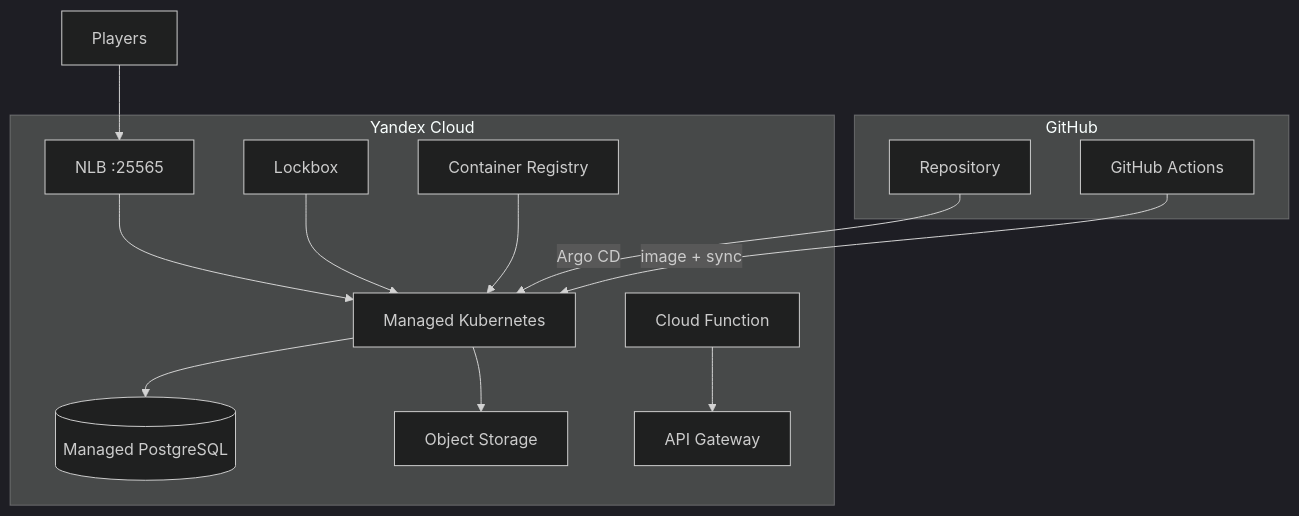
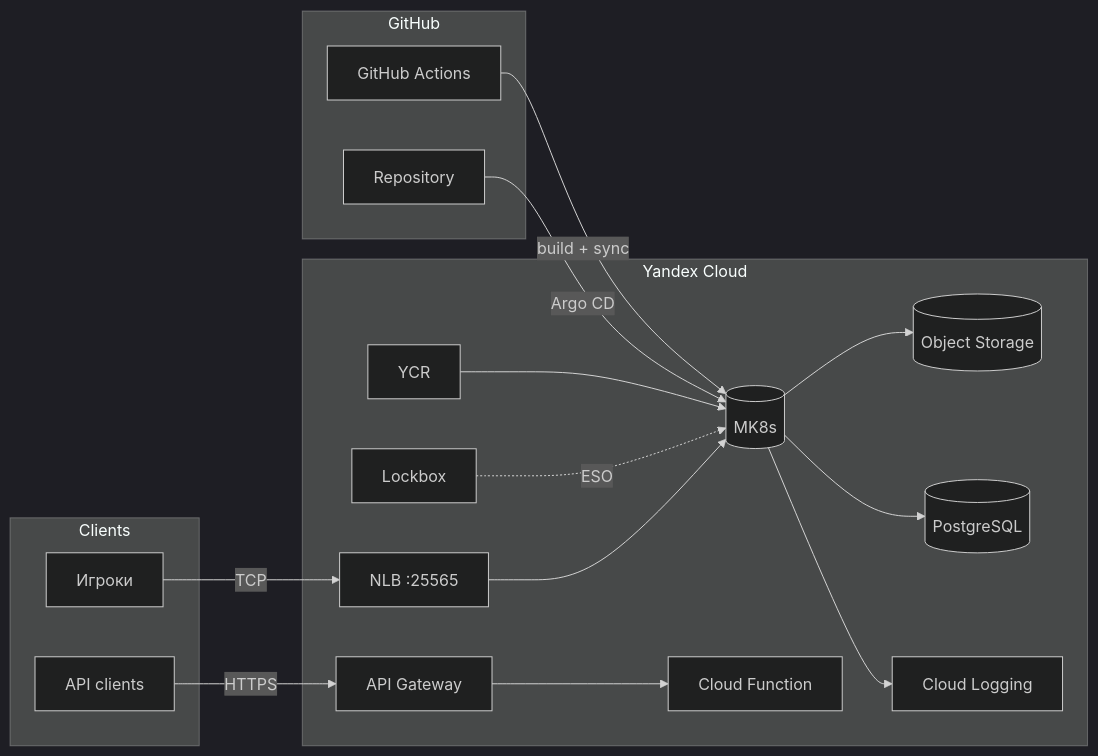
The first of 3 diagrams in README.md (L3xu5/minecraft-yc-devops), drawn with Mermaid (dark theme) before and after one commit. The commit also changed other lines of this file, not shown here.

Commit message:
Polish README: badges, TOC, mermaid diagrams, collapsible sections.

````diff
--- a/README.md
+++ b/README.md
@@ -27,27 +110,34 @@
 ```mermaid
-flowchart TB
-  subgraph GitHub
-    Repo[Repository]
-    GHA[GitHub Actions]
+flowchart LR
+  subgraph Clients
+    P[Игроки]
+    A[API clients]
   end
 
-  subgraph YC[Yandex Cloud]
-    MK8s[Managed Kubernetes]
-    NLB[NLB :25565]
-    PG[(Managed PostgreSQL)]
-    S3[Object Storage]
-    Lockbox[Lockbox]
-    CF[Cloud Function]
-    APIGW[API Gateway]
-    YCR[Container Registry]
+  subgraph GitHub
+    R[Repository]
+    CI[GitHub Actions]
   end
 
-  Players --> NLB --> MK8s
-  MK8s --> S3
-  MK8s --> PG
-  Lockbox --> MK8s
-  CF --> APIGW
-  YCR --> MK8s
-  Repo -->|Argo CD| MK8s
-  GHA -->|image + sync| MK8s
+  subgraph YC["Yandex Cloud"]
+    NLB[NLB :25565]
+    K8s[(MK8s)]
+    S3[(Object Storage)]
+    PG[(PostgreSQL)]
+    LB[Lockbox]
+    YCR[YCR]
+    LOG[Cloud Logging]
+    CF[Cloud Function]
+    GW[API Gateway]
+  end
+
+  P -->|TCP| NLB --> K8s
+  A -->|HTTPS| GW --> CF
+  K8s --> S3
+  K8s --> PG
+  K8s --> LOG
+  LB -.->|ESO| K8s
+  YCR --> K8s
+  R -->|Argo CD| K8s
+  CI -->|build + sync| K8s
 ```
````
